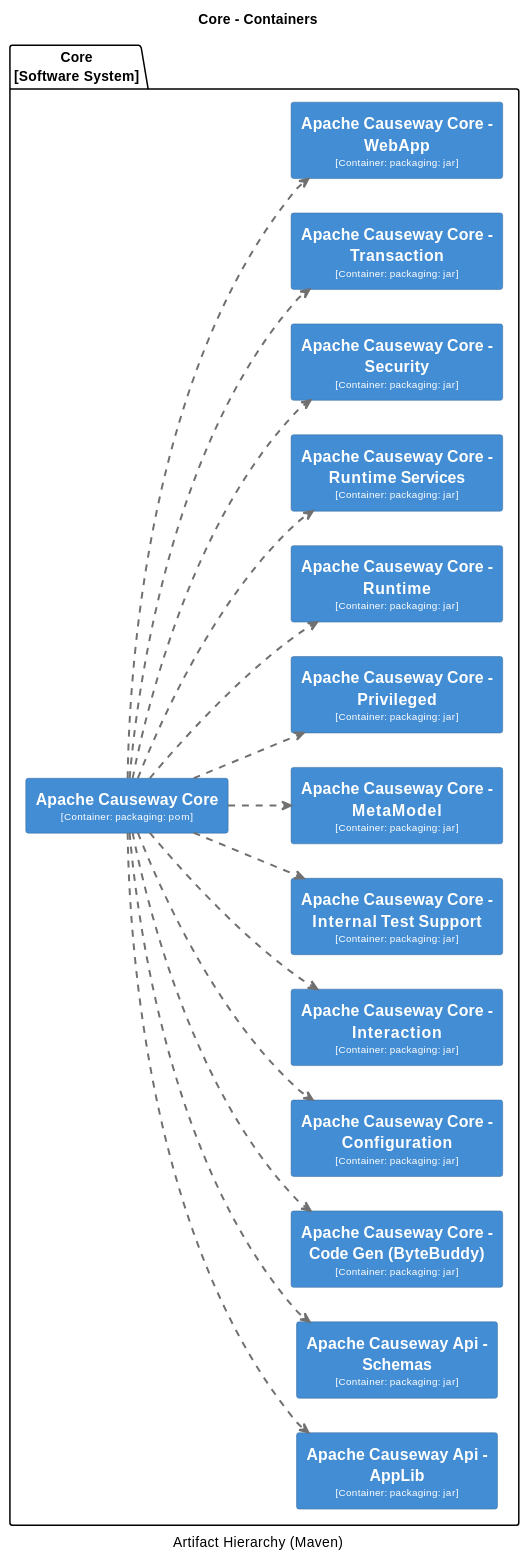
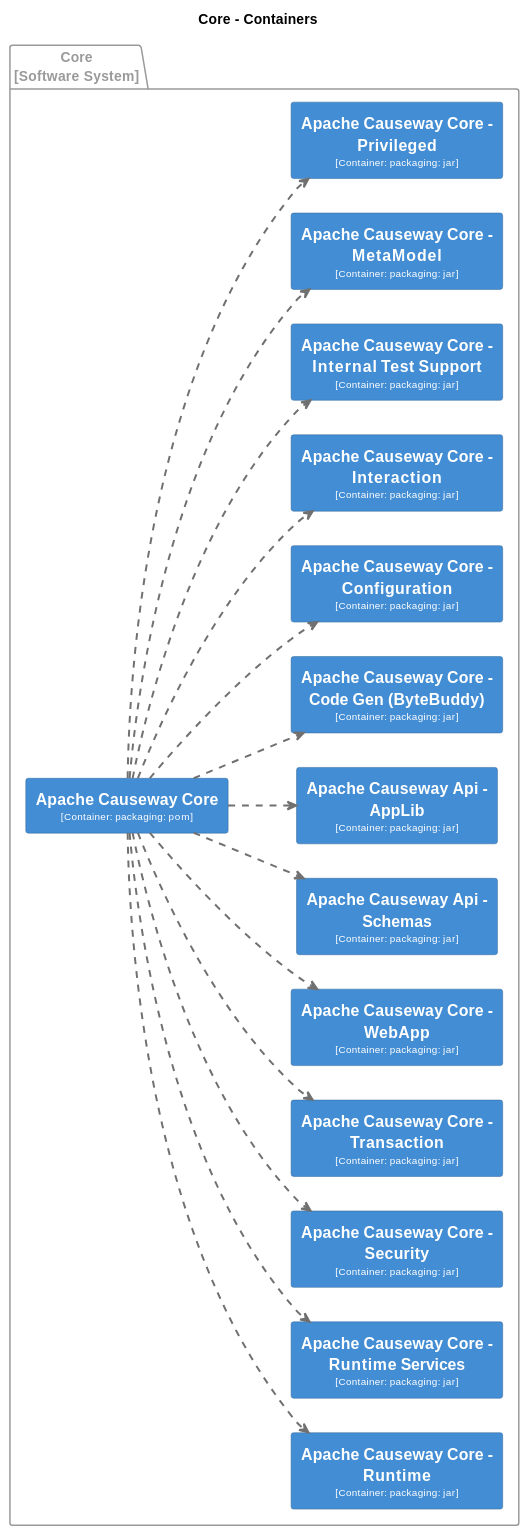
The seventh of 31 diagrams in core/adoc/modules/_overview/pages/about.adoc (apache/causeway), drawn with PlantUML before and after one commit. The commit also changed other lines of this file and 7 other files, not shown here.

```diff
--- a/core/adoc/modules/_overview/pages/about.adoc
+++ b/core/adoc/modules/_overview/pages/about.adoc
@@ -1088,8 +1375,10 @@
 [plantuml,Core,svg]
 ----
-@startuml(id=Core)
+@startuml
+set separator none
 title Core - Containers
-caption Artifact Hierarchy (Maven)
+
+left to right direction
 
 skinparam {
   shadowing false
@@ -1098,106 +1387,112 @@
   wrapWidth 200
   maxMessageSize 100
 }
+
 hide stereotype
-left to right direction
-skinparam rectangle<<11>> {
+
+skinparam rectangle<<Core.ApacheCausewayApiAppLib>> {
   BackgroundColor #438dd5
   FontColor #fffffe
   BorderColor #2e6295
 }
-skinparam rectangle<<12>> {
+skinparam rectangle<<Core.ApacheCausewayApiSchemas>> {
   BackgroundColor #438dd5
   FontColor #fffffe
   BorderColor #2e6295
 }
-skinparam rectangle<<13>> {
+skinparam rectangle<<Core.ApacheCausewayCore>> {
   BackgroundColor #438dd5
   FontColor #fffffe
   BorderColor #2e6295
 }
-skinparam rectangle<<14>> {
+skinparam rectangle<<Core.ApacheCausewayCoreCodeGenByteBuddy>> {
   BackgroundColor #438dd5
   FontColor #fffffe
   BorderColor #2e6295
 }
-skinparam rectangle<<15>> {
+skinparam rectangle<<Core.ApacheCausewayCoreConfiguration>> {
   BackgroundColor #438dd5
   FontColor #fffffe
   BorderColor #2e6295
 }
-skinparam rectangle<<2>> {
+skinparam rectangle<<Core.ApacheCausewayCoreInteraction>> {
   BackgroundColor #438dd5
   FontColor #fffffe
   BorderColor #2e6295
 }
-skinparam rectangle<<3>> {
+skinparam rectangle<<Core.ApacheCausewayCoreInternalTestSupport>> {
   BackgroundColor #438dd5
   FontColor #fffffe
   BorderColor #2e6295
 }
-skinparam rectangle<<4>> {
+skinparam rectangle<<Core.ApacheCausewayCoreMetaModel>> {
   BackgroundColor #438dd5
   FontColor #fffffe
   BorderColor #2e6295
 }
-skinparam rectangle<<5>> {
+skinparam rectangle<<Core.ApacheCausewayCorePrivileged>> {
   BackgroundColor #438dd5
   FontColor #fffffe
   BorderColor #2e6295
 }
-skinparam rectangle<<6>> {
+skinparam rectangle<<Core.ApacheCausewayCoreRuntime>> {
   BackgroundColor #438dd5
   FontColor #fffffe
   BorderColor #2e6295
 }
-skinparam rectangle<<7>> {
+skinparam rectangle<<Core.ApacheCausewayCoreRuntimeServices>> {
   BackgroundColor #438dd5
   FontColor #fffffe
   BorderColor #2e6295
 }
-skinparam rectangle<<8>> {
+skinparam rectangle<<Core.ApacheCausewayCoreSecurity>> {
   BackgroundColor #438dd5
   FontColor #fffffe
   BorderColor #2e6295
 }
-skinparam rectangle<<9>> {
+skinparam rectangle<<Core.ApacheCausewayCoreTransaction>> {
   BackgroundColor #438dd5
   FontColor #fffffe
   BorderColor #2e6295
 }
-skinparam rectangle<<10>> {
+skinparam rectangle<<Core.ApacheCausewayCoreWebApp>> {
   BackgroundColor #438dd5
   FontColor #fffffe
   BorderColor #2e6295
 }
-package "Core\n[Software System]" {
-  rectangle "==Apache Causeway Api - AppLib\n<size:10>[Container: packaging: jar]</size>" <<3>> as 3
-  rectangle "==Apache Causeway Api - Schemas\n<size:10>[Container: packaging: jar]</size>" <<15>> as 15
-  rectangle "==Apache Causeway Core\n<size:10>[Container: packaging: pom]</size>" <<2>> as 2
-  rectangle "==Apache Causeway Core - Code Gen (ByteBuddy)\n<size:10>[Container: packaging: jar]</size>" <<4>> as 4
-  rectangle "==Apache Causeway Core - Configuration\n<size:10>[Container: packaging: jar]</size>" <<5>> as 5
-  rectangle "==Apache Causeway Core - Interaction\n<size:10>[Container: packaging: jar]</size>" <<6>> as 6
-  rectangle "==Apache Causeway Core - Internal Test Support\n<size:10>[Container: packaging: jar]</size>" <<7>> as 7
-  rectangle "==Apache Causeway Core - MetaModel\n<size:10>[Container: packaging: jar]</size>" <<8>> as 8
-  rectangle "==Apache Causeway Core - Privileged\n<size:10>[Container: packaging: jar]</size>" <<9>> as 9
-  rectangle "==Apache Causeway Core - Runtime\n<size:10>[Container: packaging: jar]</size>" <<10>> as 10
-  rectangle "==Apache Causeway Core - Runtime Services\n<size:10>[Container: packaging: jar]</size>" <<11>> as 11
-  rectangle "==Apache Causeway Core - Security\n<size:10>[Container: packaging: jar]</size>" <<12>> as 12
-  rectangle "==Apache Causeway Core - Transaction\n<size:10>[Container: packaging: jar]</size>" <<13>> as 13
-  rectangle "==Apache Causeway Core - WebApp\n<size:10>[Container: packaging: jar]</size>" <<14>> as 14
+
+package "Core\n[Software System]" <<Core>> {
+  skinparam PackageBorderColor<<Core>> #9a9a9a
+  skinparam PackageFontColor<<Core>> #9a9a9a
+
+  rectangle "==Apache Causeway Core - Runtime\n<size:10>[Container: packaging: jar]</size>" <<Core.ApacheCausewayCoreRuntime>> as Core.ApacheCausewayCoreRuntime
+  rectangle "==Apache Causeway Core - Runtime Services\n<size:10>[Container: packaging: jar]</size>" <<Core.ApacheCausewayCoreRuntimeServices>> as Core.ApacheCausewayCoreRuntimeServices
+  rectangle "==Apache Causeway Core - Security\n<size:10>[Container: packaging: jar]</size>" <<Core.ApacheCausewayCoreSecurity>> as Core.ApacheCausewayCoreSecurity
+  rectangle "==Apache Causeway Core - Transaction\n<size:10>[Container: packaging: jar]</size>" <<Core.ApacheCausewayCoreTransaction>> as Core.ApacheCausewayCoreTransaction
+  rectangle "==Apache Causeway Core - WebApp\n<size:10>[Container: packaging: jar]</size>" <<Core.ApacheCausewayCoreWebApp>> as Core.ApacheCausewayCoreWebApp
+  rectangle "==Apache Causeway Api - Schemas\n<size:10>[Container: packaging: jar]</size>" <<Core.ApacheCausewayApiSchemas>> as Core.ApacheCausewayApiSchemas
+  rectangle "==Apache Causeway Core\n<size:10>[Container: packaging: pom]</size>" <<Core.ApacheCausewayCore>> as Core.ApacheCausewayCore
+  rectangle "==Apache Causeway Api - AppLib\n<size:10>[Container: packaging: jar]</size>" <<Core.ApacheCausewayApiAppLib>> as Core.ApacheCausewayApiAppLib
+  rectangle "==Apache Causeway Core - Code Gen (ByteBuddy)\n<size:10>[Container: packaging: jar]</size>" <<Core.ApacheCausewayCoreCodeGenByteBuddy>> as Core.ApacheCausewayCoreCodeGenByteBuddy
+  rectangle "==Apache Causeway Core - Configuration\n<size:10>[Container: packaging: jar]</size>" <<Core.ApacheCausewayCoreConfiguration>> as Core.ApacheCausewayCoreConfiguration
+  rectangle "==Apache Causeway Core - Interaction\n<size:10>[Container: packaging: jar]</size>" <<Core.ApacheCausewayCoreInteraction>> as Core.ApacheCausewayCoreInteraction
+  rectangle "==Apache Causeway Core - Internal Test Support\n<size:10>[Container: packaging: jar]</size>" <<Core.ApacheCausewayCoreInternalTestSupport>> as Core.ApacheCausewayCoreInternalTestSupport
+  rectangle "==Apache Causeway Core - MetaModel\n<size:10>[Container: packaging: jar]</size>" <<Core.ApacheCausewayCoreMetaModel>> as Core.ApacheCausewayCoreMetaModel
+  rectangle "==Apache Causeway Core - Privileged\n<size:10>[Container: packaging: jar]</size>" <<Core.ApacheCausewayCorePrivileged>> as Core.ApacheCausewayCorePrivileged
 }
-2 .[#707070,thickness=2].> 3 : ""
-2 .[#707070,thickness=2].> 15 : ""
-2 .[#707070,thickness=2].> 4 : ""
-2 .[#707070,thickness=2].> 5 : ""
-2 .[#707070,thickness=2].> 6 : ""
-2 .[#707070,thickness=2].> 7 : ""
-2 .[#707070,thickness=2].> 8 : ""
-2 .[#707070,thickness=2].> 9 : ""
-2 .[#707070,thickness=2].> 10 : ""
-2 .[#707070,thickness=2].> 11 : ""
-2 .[#707070,thickness=2].> 12 : ""
-2 .[#707070,thickness=2].> 13 : ""
-2 .[#707070,thickness=2].> 14 : ""
+
+Core.ApacheCausewayCore .[#707070,thickness=2].> Core.ApacheCausewayApiAppLib : "<color:#707070>"
+Core.ApacheCausewayCore .[#707070,thickness=2].> Core.ApacheCausewayCoreCodeGenByteBuddy : "<color:#707070>"
+Core.ApacheCausewayCore .[#707070,thickness=2].> Core.ApacheCausewayCoreConfiguration : "<color:#707070>"
+Core.ApacheCausewayCore .[#707070,thickness=2].> Core.ApacheCausewayCoreInteraction : "<color:#707070>"
+Core.ApacheCausewayCore .[#707070,thickness=2].> Core.ApacheCausewayCoreInternalTestSupport : "<color:#707070>"
+Core.ApacheCausewayCore .[#707070,thickness=2].> Core.ApacheCausewayCoreMetaModel : "<color:#707070>"
+Core.ApacheCausewayCore .[#707070,thickness=2].> Core.ApacheCausewayCorePrivileged : "<color:#707070>"
+Core.ApacheCausewayCore .[#707070,thickness=2].> Core.ApacheCausewayCoreRuntime : "<color:#707070>"
+Core.ApacheCausewayCore .[#707070,thickness=2].> Core.ApacheCausewayCoreRuntimeServices : "<color:#707070>"
+Core.ApacheCausewayCore .[#707070,thickness=2].> Core.ApacheCausewayCoreSecurity : "<color:#707070>"
+Core.ApacheCausewayCore .[#707070,thickness=2].> Core.ApacheCausewayCoreTransaction : "<color:#707070>"
+Core.ApacheCausewayCore .[#707070,thickness=2].> Core.ApacheCausewayCoreWebApp : "<color:#707070>"
+Core.ApacheCausewayCore .[#707070,thickness=2].> Core.ApacheCausewayApiSchemas : "<color:#707070>"
 @enduml
 ----
```
